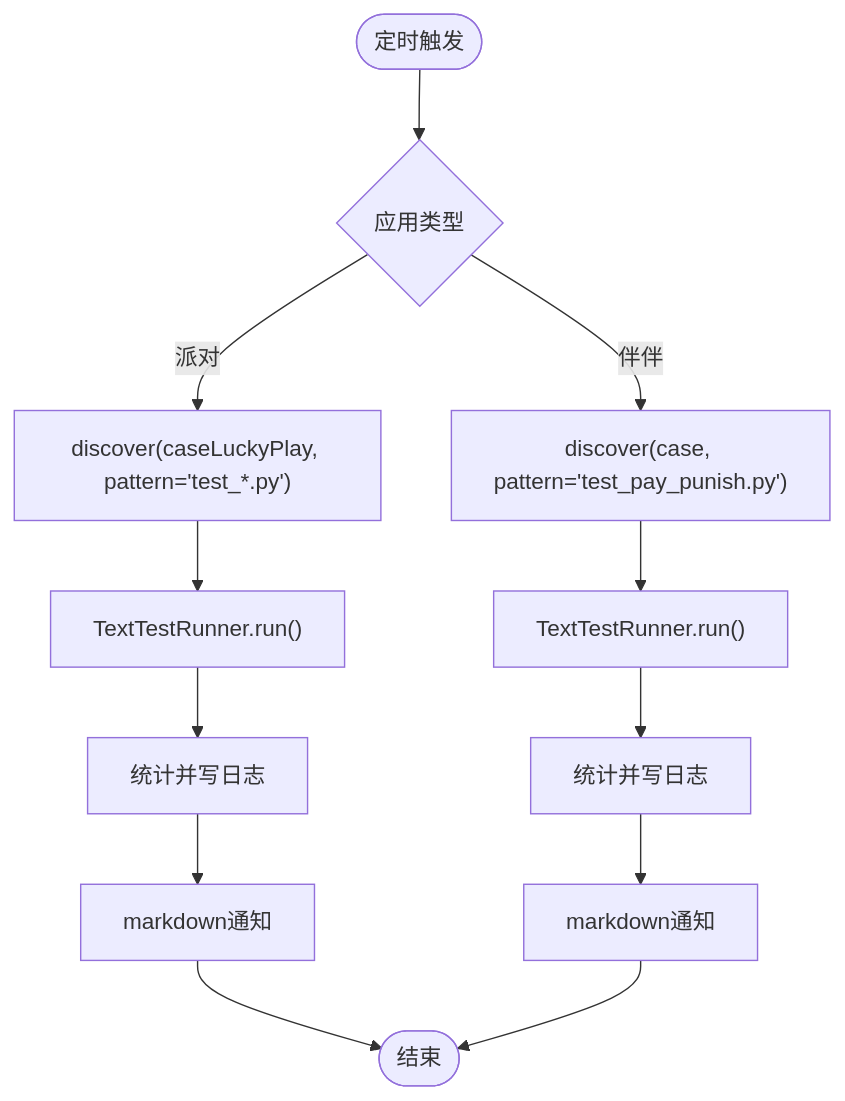
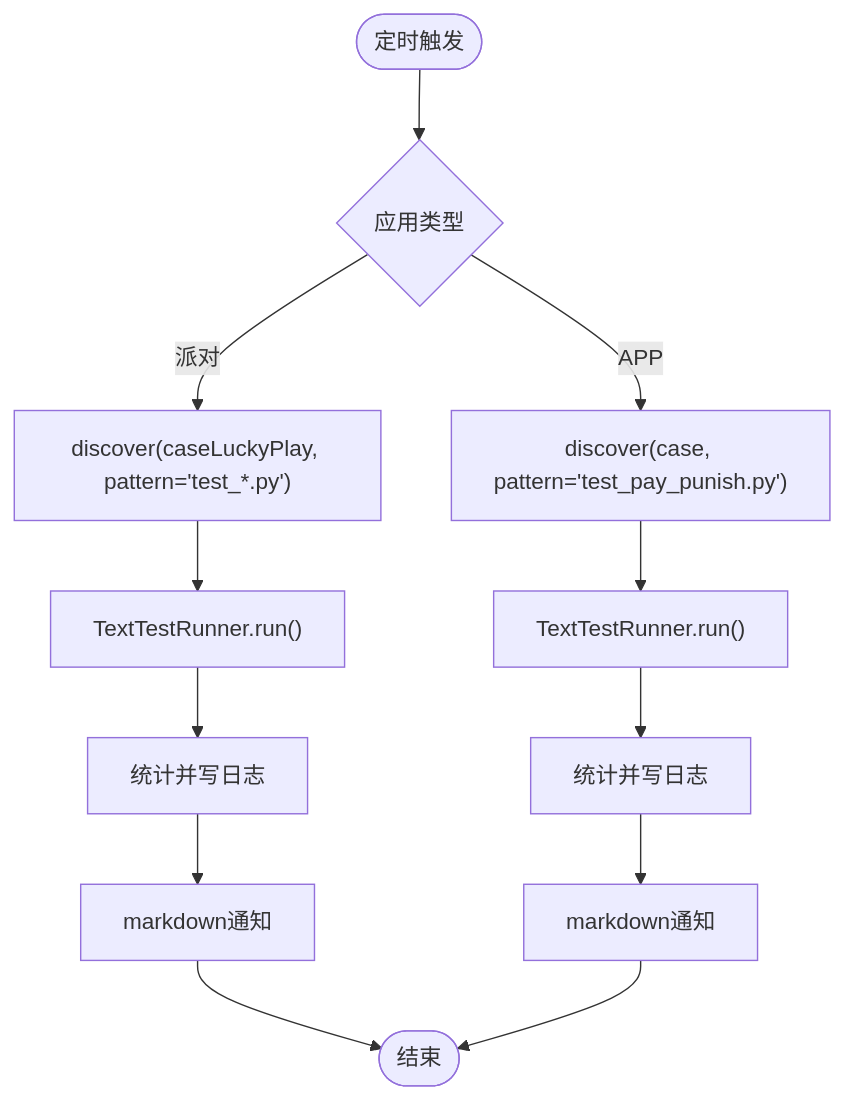
Before and after one commit to liximing1-ola/qa-payTest: the seventh of 13 diagrams in .qoder/repowiki/zh/content/自动化与CI_CD.md, drawn with Mermaid. The commit also changed other lines of this file and 3 other files, not shown here.

````diff
--- a/.qoder/repowiki/zh/content/自动化与CI_CD.md
+++ b/.qoder/repowiki/zh/content/自动化与CI_CD.md
@@ -319,14 +319,14 @@
 ```mermaid
 flowchart TD
 Start(["定时触发"]) --> ChooseApp{"应用类型"}
 ChooseApp --> |派对| LoadPT["discover(caseLuckyPlay, pattern='test_*.py')"]
-ChooseApp --> |伴伴| LoadBB["discover(case, pattern='test_pay_punish.py')"]
+ChooseApp --> |APP| LoadBB["discover(case, pattern='test_pay_punish.py')"]
 LoadPT --> RunPT["TextTestRunner.run()"]
 LoadBB --> RunBB["TextTestRunner.run()"]
 RunPT --> StatPT["统计并写日志"]
 RunBB --> StatBB["统计并写日志"]
 StatPT --> NotifyPT["markdown通知"]
 StatBB --> NotifyBB["markdown通知"]
 NotifyPT --> End(["结束"])
 NotifyBB --> End
 ```
````
